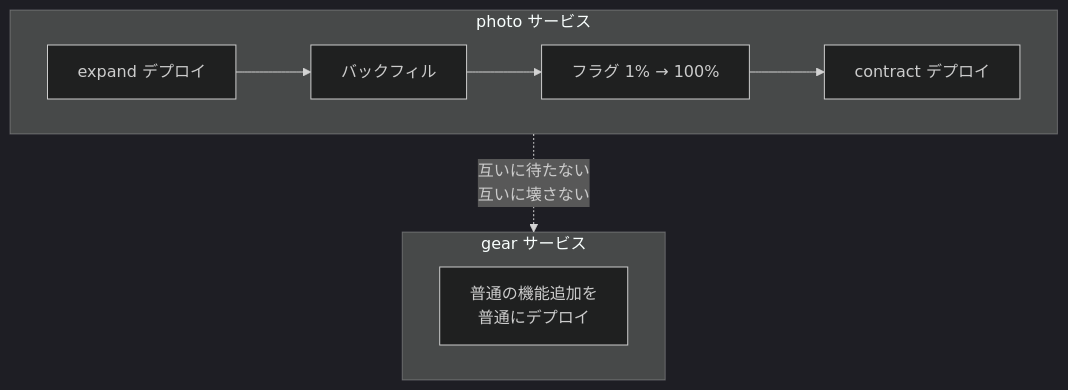
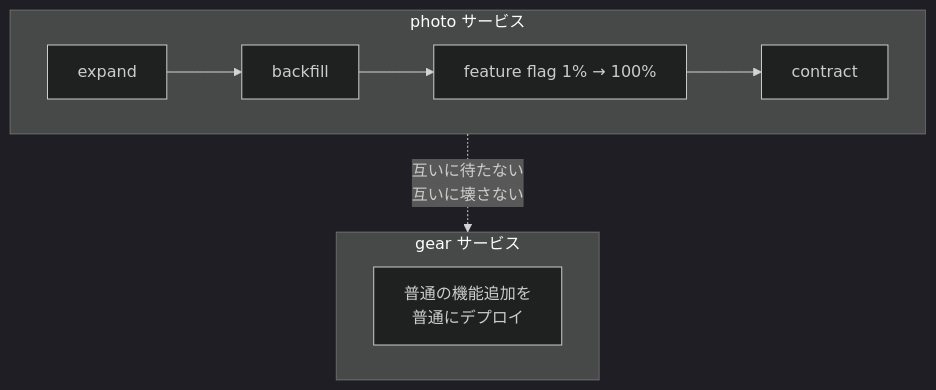
Diagram 16 of 16 in src/content/blog/online-migration-and-deploy-isolation.mdx (rikukaInoue/rikukadev), drawn with Mermaid (dark theme) before and after one commit. The commit also changed 5 other files, not shown here.

First line of the commit message:
列挙と図の並びは英語に統一。用語表に近い語(exactly-once・rolling update・SLI/SLO/SLA 等)を足す

````diff
--- a/src/content/blog/online-migration-and-deploy-isolation.mdx
+++ b/src/content/blog/online-migration-and-deploy-isolation.mdx
@@ -717,10 +717,10 @@
 ```mermaid
 graph TB
     subgraph photo["photo サービス"]
-        P1["expand デプロイ"] --> P2["バックフィル"] --> P3["フラグ 1% → 100%"] --> P4["contract デプロイ"]
+        P1["expand"] --> P2["backfill"] --> P3["feature flag 1% → 100%"] --> P4["contract"]
     end
     subgraph gear["gear サービス"]
         G1["普通の機能追加を<br/>普通にデプロイ"]
     end
     photo -.->|"互いに待たない<br/>互いに壊さない"| gear
 ```
````
